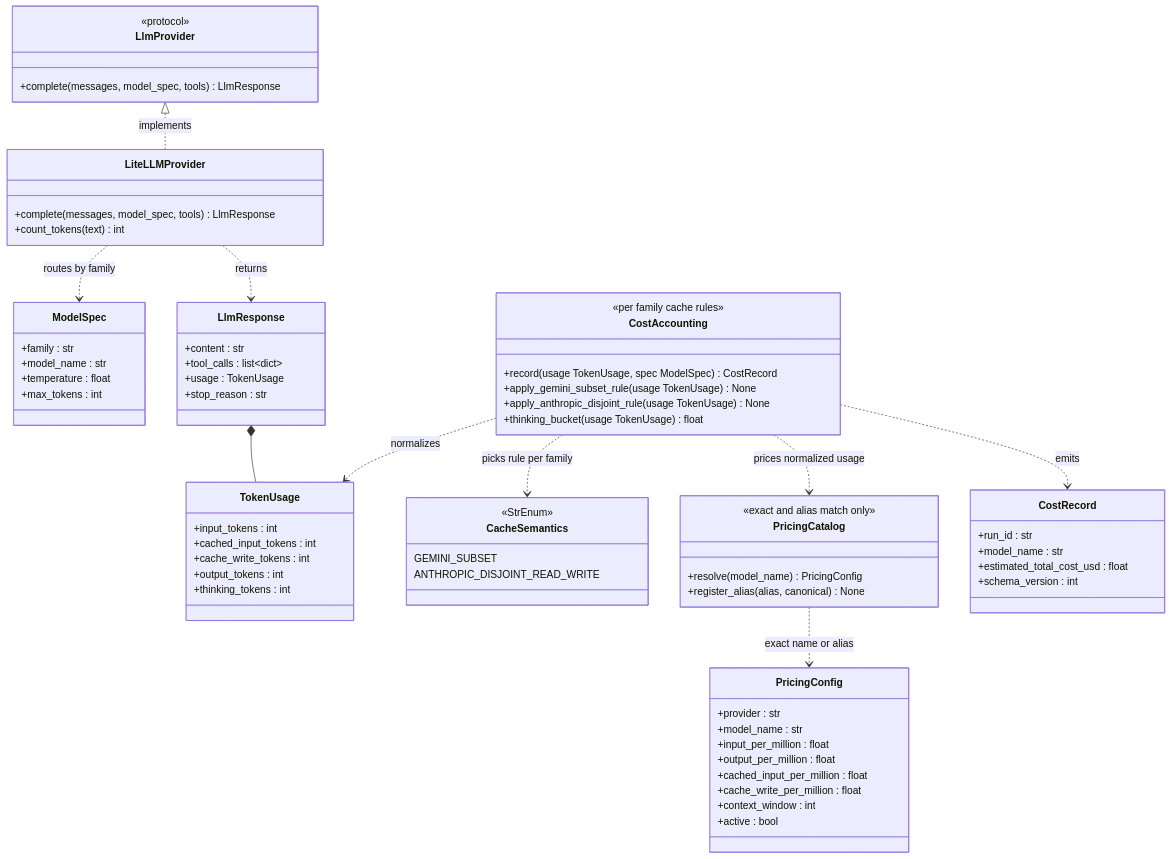
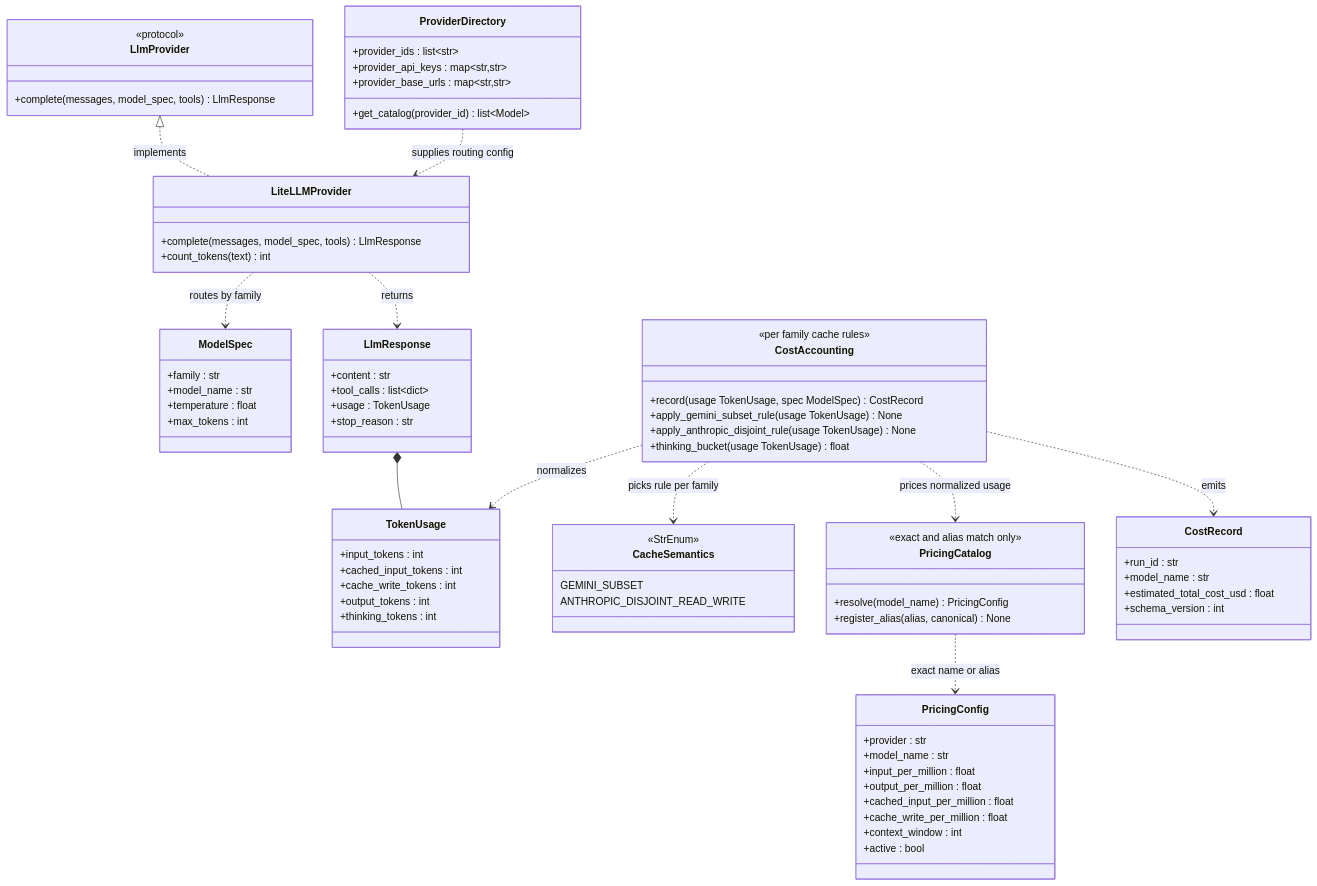
Before and after one commit to arfaouiahmed1/Open-Web-Catcher: the fourth of 5 diagrams in docs/architecture/target-design.md, drawn with Mermaid. The commit also changed other lines of this file and 13 other files, not shown here.

````diff
--- a/docs/architecture/target-design.md
+++ b/docs/architecture/target-design.md
@@ -539,6 +547,13 @@
         +active : bool
     }
 
+    class ProviderDirectory {
+        +provider_ids : list~str~
+        +provider_api_keys : map~str,str~
+        +provider_base_urls : map~str,str~
+        +get_catalog(provider_id) list~Model~
+    }
+
     class CostRecord {
         +run_id : str
         +model_name : str
@@ -555,4 +570,5 @@
     CostAccounting ..> PricingCatalog : prices normalized usage
     CostAccounting ..> CostRecord : emits
     PricingCatalog ..> PricingConfig : exact name or alias
+    ProviderDirectory ..> LiteLLMProvider : supplies routing config
 ```
````
